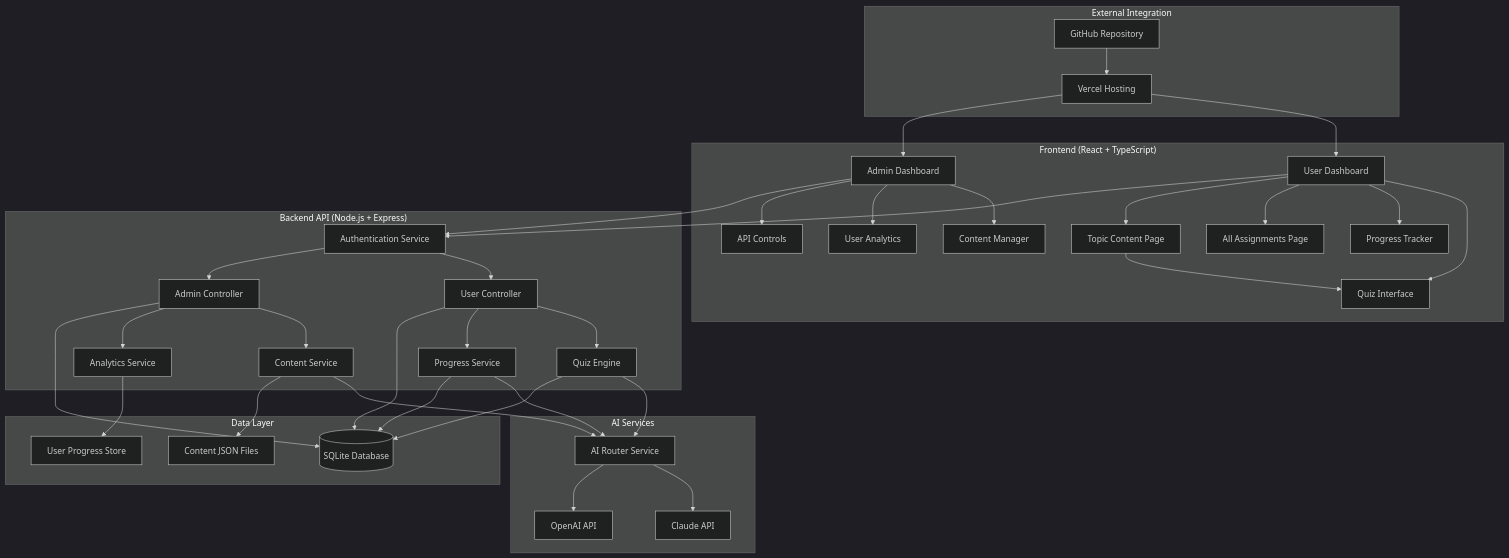
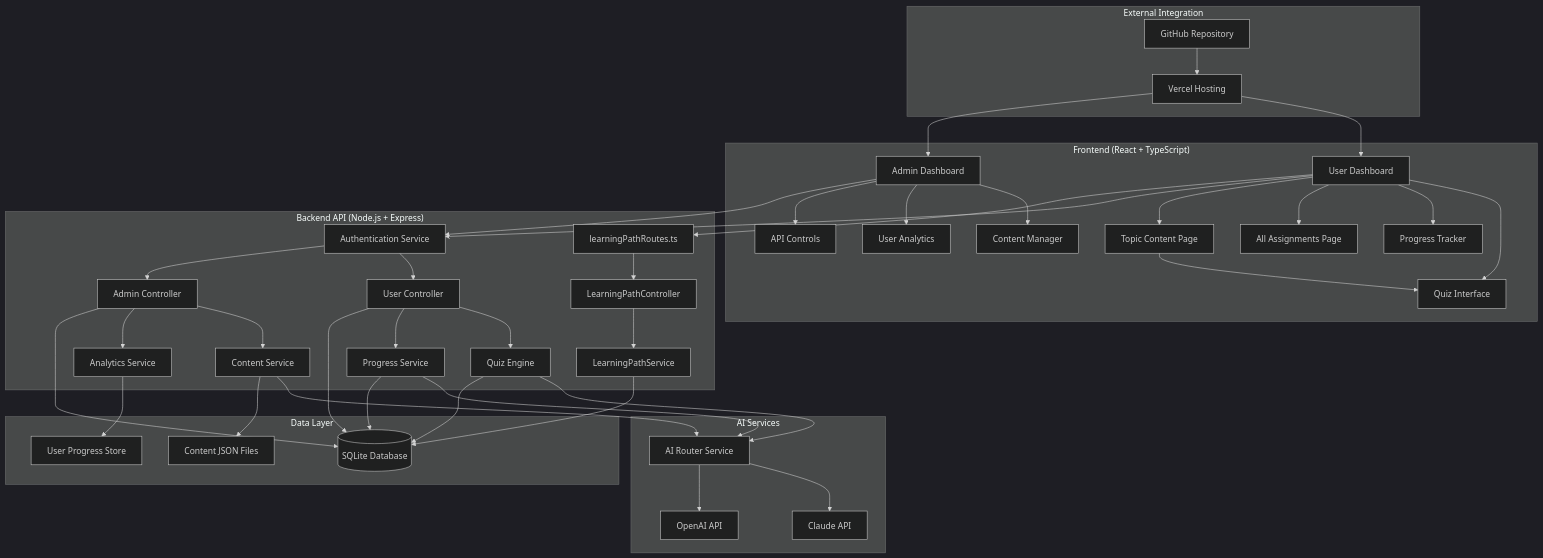
The diagram in docs/development_docs/architecture_diagram.mermaid (niklas-joh/french-learning-platform), drawn with Mermaid (dark theme) before and after one commit. The commit also changed 10 other files, not shown here.

First line of the commit message:
feat(server): implement learning path API with user progress

```diff
--- a/docs/development_docs/architecture_diagram.mermaid
+++ b/docs/development_docs/architecture_diagram.mermaid
@@ -1,55 +1,64 @@
 graph TB
     subgraph "Frontend (React + TypeScript)"
         A[User Dashboard] --> B[Quiz Interface]
         A --> C[Progress Tracker]
         A --> AA[All Assignments Page]
         A --> AB[Topic Content Page]
         AB --> B
         D[Admin Dashboard] --> E[Content Manager]
         D --> F[User Analytics]
         D --> G[API Controls]
     end
 
     subgraph "Backend API (Node.js + Express)"
         H[Authentication Service] --> I[User Controller]
         H --> J[Admin Controller]
         I --> K[Quiz Engine]
         I --> L[Progress Service]
         J --> M[Content Service]
         J --> N[Analytics Service]
+
+        LP_Routes[learningPathRoutes.ts]
+        LP_Controller[LearningPathController]
+        LP_Service[LearningPathService]
     end
 
     subgraph "AI Services"
         O[Claude API]
         P[OpenAI API]
         Q[AI Router Service]
     end
 
     subgraph "Data Layer"
         R[(SQLite Database)]
         S[Content JSON Files]
         T[User Progress Store]
     end
 
     subgraph "External Integration"
         U[GitHub Repository]
         V[Vercel Hosting]
     end
 
     A --> H
     D --> H
     K --> Q
     L --> Q
     M --> Q
     Q --> O
     Q --> P
     I --> R
     J --> R
     K --> R
     L --> R
     M --> S
     N --> T
+
+    A --> LP_Routes
+    LP_Routes --> LP_Controller
+    LP_Controller --> LP_Service
+    LP_Service --> R
     
     U --> V
     V --> A
     V --> D
```
